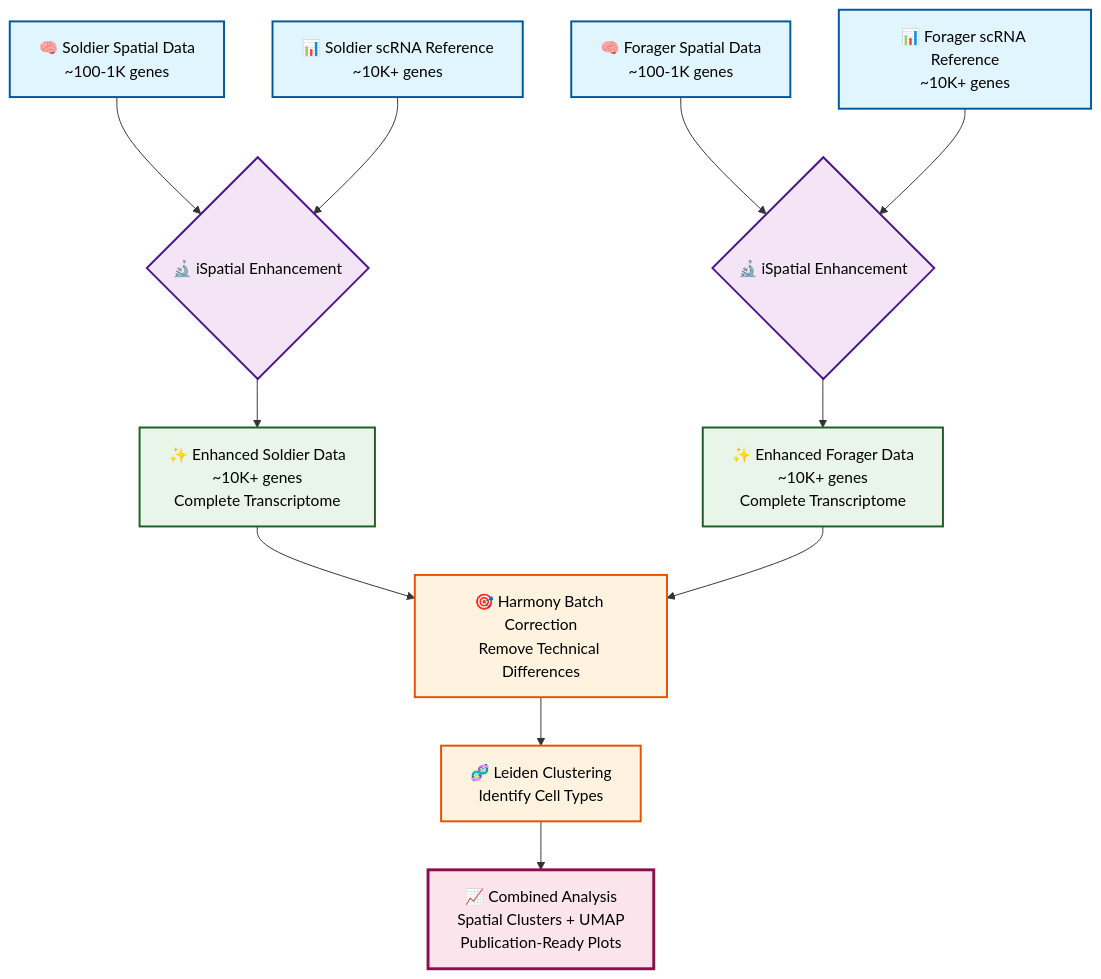
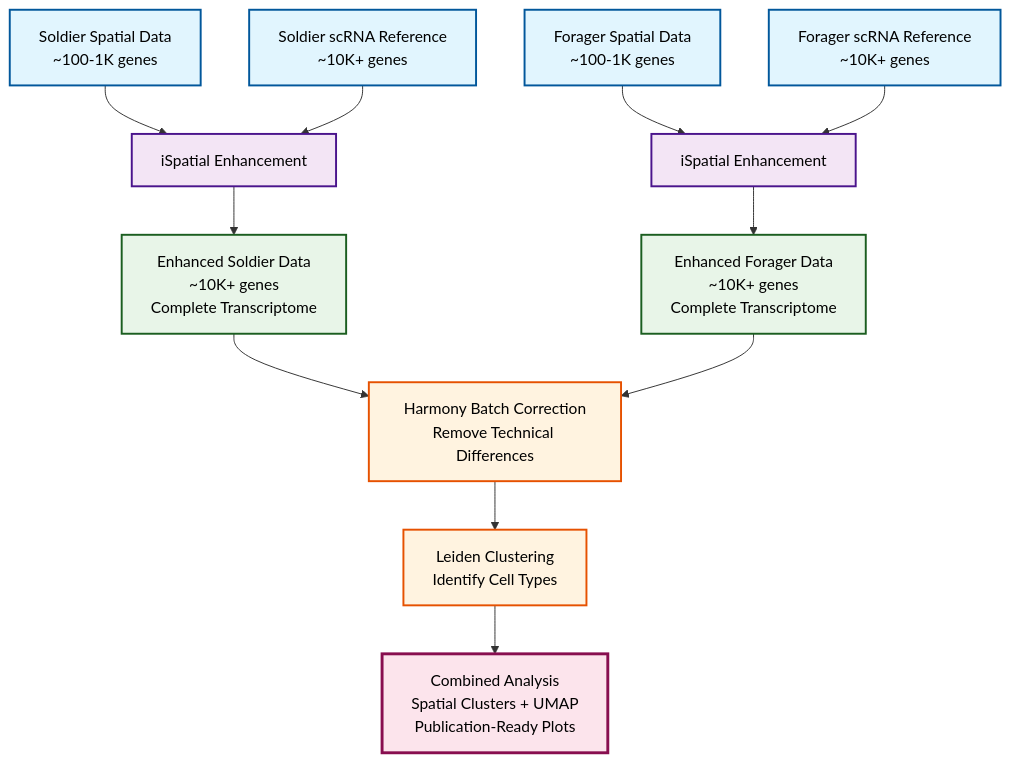
Before and after one commit to milliomics/iSpatial.py: the diagram in README.md, drawn with Mermaid.

````diff
--- a/README.md
+++ b/README.md
@@ -71,31 +71,31 @@
 ```mermaid
 graph TD
     %% Input Data
-    A[🧠 Soldier Spatial Data<br/>~100-1K genes] --> B{🔬 iSpatial Enhancement}
-    C[📊 Soldier scRNA Reference<br/>~10K+ genes] --> B
-    D[🧠 Forager Spatial Data<br/>~100-1K genes] --> E{🔬 iSpatial Enhancement}
-    F[📊 Forager scRNA Reference<br/>~10K+ genes] --> E
+    A[Soldier Spatial Data<br/>~100-1K genes] --> B[iSpatial Enhancement]
+    C[Soldier scRNA Reference<br/>~10K+ genes] --> B
+    D[Forager Spatial Data<br/>~100-1K genes] --> E[iSpatial Enhancement]
+    F[Forager scRNA Reference<br/>~10K+ genes] --> E
     
     %% Enhanced Data
-    B --> G[✨ Enhanced Soldier Data<br/>~10K+ genes<br/>Complete Transcriptome]
-    E --> H[✨ Enhanced Forager Data<br/>~10K+ genes<br/>Complete Transcriptome]
+    B --> G[Enhanced Soldier Data<br/>~10K+ genes<br/>Complete Transcriptome]
+    E --> H[Enhanced Forager Data<br/>~10K+ genes<br/>Complete Transcriptome]
     
     %% Integration Steps
-    G --> I[🎯 Harmony Batch Correction<br/>Remove Technical Differences]
+    G --> I[Harmony Batch Correction<br/>Remove Technical Differences]
     H --> I
-    I --> J[🧬 Leiden Clustering<br/>Identify Cell Types]
-    J --> K[📈 Combined Analysis<br/>Spatial Clusters + UMAP<br/>Publication-Ready Plots]
+    I --> J[Leiden Clustering<br/>Identify Cell Types]
+    J --> K[Combined Analysis<br/>Spatial Clusters + UMAP<br/>Publication-Ready Plots]
     
     %% Styling
     classDef inputData fill:#e1f5fe,stroke:#01579b,stroke-width:2px,color:#000
     classDef process fill:#f3e5f5,stroke:#4a148c,stroke-width:2px,color:#000
     classDef enhanced fill:#e8f5e8,stroke:#1b5e20,stroke-width:2px,color:#000
     classDef integration fill:#fff3e0,stroke:#e65100,stroke-width:2px,color:#000
     classDef output fill:#fce4ec,stroke:#880e4f,stroke-width:3px,color:#000
     
     class A,C,D,F inputData
     class B,E process
     class G,H enhanced
     class I,J integration
     class K output
 ```
````
